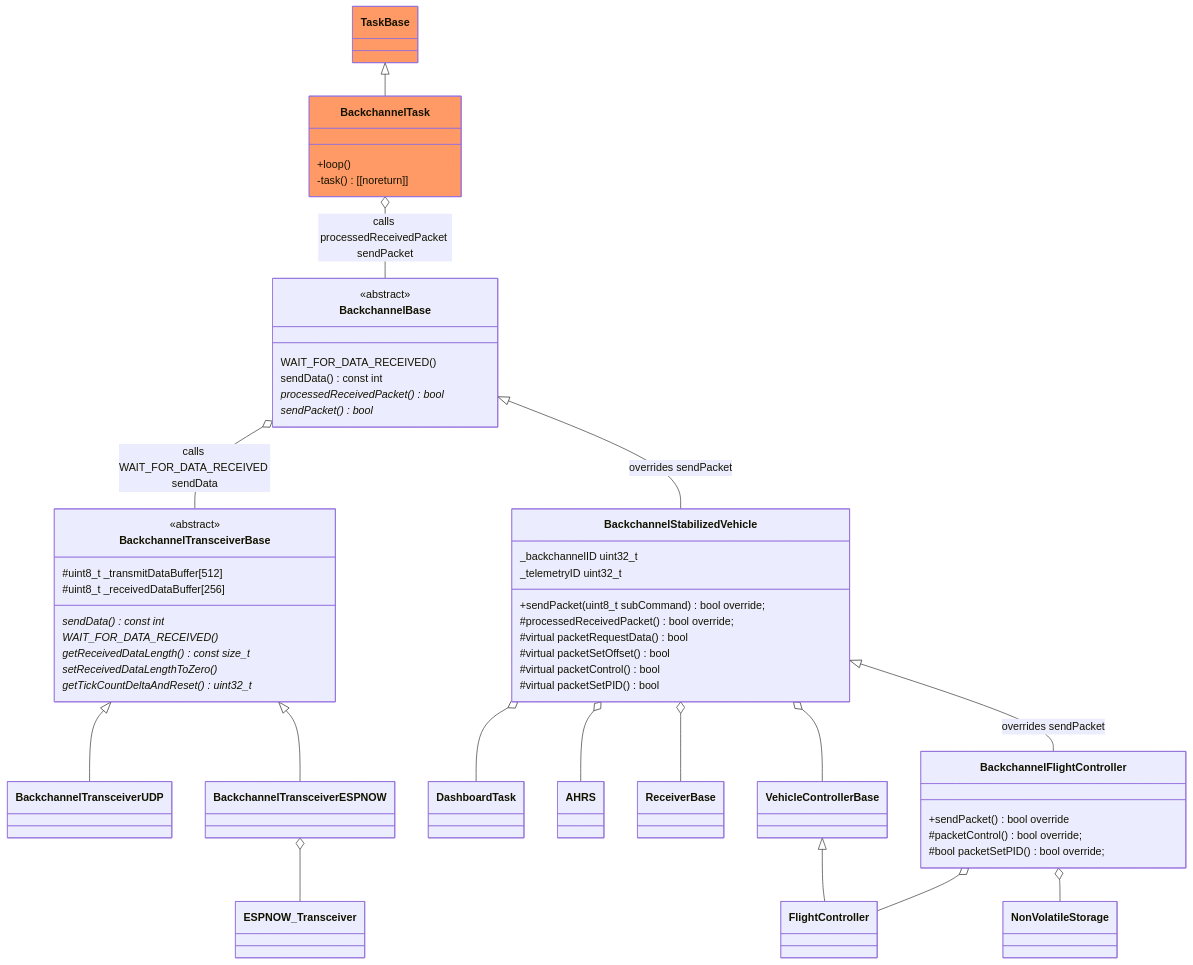
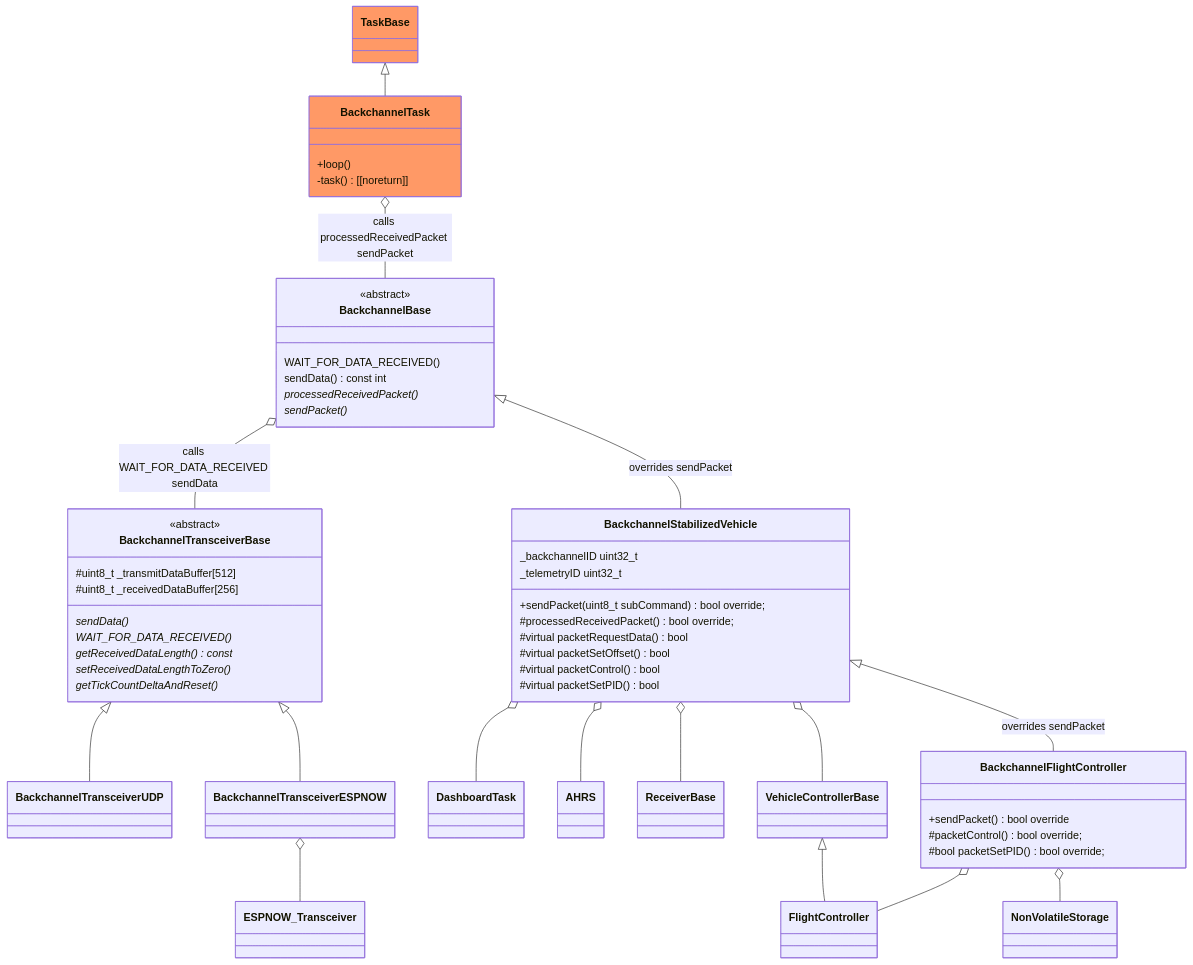
Before and after one commit to martinbudden/Protoflight: the fifth of 5 diagrams in README.md, drawn with Mermaid. The commit also changed other lines of this file, not shown here.

````diff
--- a/README.md
+++ b/README.md
@@ -837,66 +835,66 @@
 ```mermaid
 classDiagram
     class BackchannelTransceiverBase {
         <<abstract>>
-        sendData() const int *
+        sendData() *
         WAIT_FOR_DATA_RECEIVED() *
-        getReceivedDataLength() const size_t *
+        getReceivedDataLength() const *
         setReceivedDataLengthToZero() *
-        getTickCountDeltaAndReset() uint32_t *
+        getTickCountDeltaAndReset() *
         #uint8_t _transmitDataBuffer[512]
         #uint8_t _receivedDataBuffer[256]
     }
 
     class BackchannelBase {
         <<abstract>>
         WAIT_FOR_DATA_RECEIVED()
         sendData() const int
-        processedReceivedPacket() bool *
-        sendPacket() bool *
+        processedReceivedPacket() *
+        sendPacket() *
     }
     BackchannelBase o-- BackchannelTransceiverBase : calls WAIT_FOR_DATA_RECEIVED sendData
 
     BackchannelTransceiverBase <|-- BackchannelTransceiverUDP
 
     BackchannelTransceiverBase <|-- BackchannelTransceiverESPNOW
     BackchannelTransceiverESPNOW o-- ESPNOW_Transceiver
 
     BackchannelBase <|-- BackchannelStabilizedVehicle : overrides sendPacket
     class BackchannelStabilizedVehicle {
         _backchannelID uint32_t
         _telemetryID uint32_t
         +sendPacket(uint8_t subCommand) bool override;
         #processedReceivedPacket() bool override;
         #virtual packetRequestData() bool
         #virtual packetSetOffset() bool
         #virtual packetControl() bool
         #virtual packetSetPID() bool
     }
     BackchannelStabilizedVehicle o-- DashboardTask
     BackchannelStabilizedVehicle o-- AHRS
     BackchannelStabilizedVehicle o-- ReceiverBase
     BackchannelStabilizedVehicle o-- VehicleControllerBase
 
     BackchannelStabilizedVehicle <|--BackchannelFlightController : overrides sendPacket
     class BackchannelFlightController {
         +sendPacket() bool override
         #packetControl() bool override;
         #bool packetSetPID() bool override;
     }
     VehicleControllerBase <|-- FlightController
     BackchannelFlightController o-- FlightController
     BackchannelFlightController o-- NonVolatileStorage
 
 
     class TaskBase:::taskClass {
     }
     link TaskBase "https://github.com/martinbudden/Library-TaskBase/blob/main/src/TaskBase.h"
     TaskBase <|-- BackchannelTask
     class BackchannelTask:::taskClass {
         +loop()
         -task() [[noreturn]]
     }
     BackchannelTask o-- BackchannelBase : calls processedReceivedPacket sendPacket
 
     classDef taskClass fill:#f96
 ```
````
